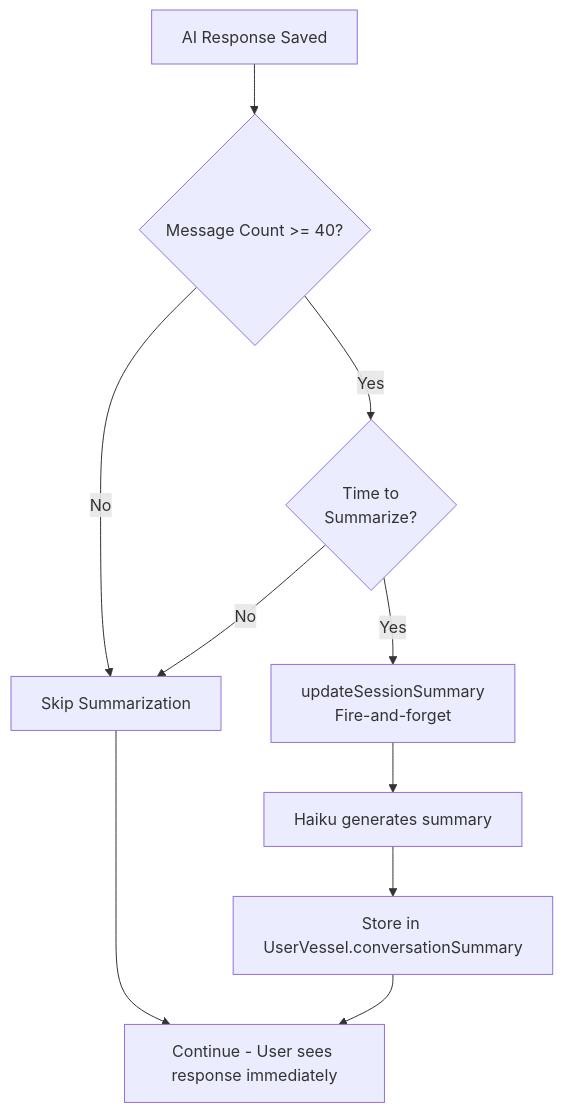
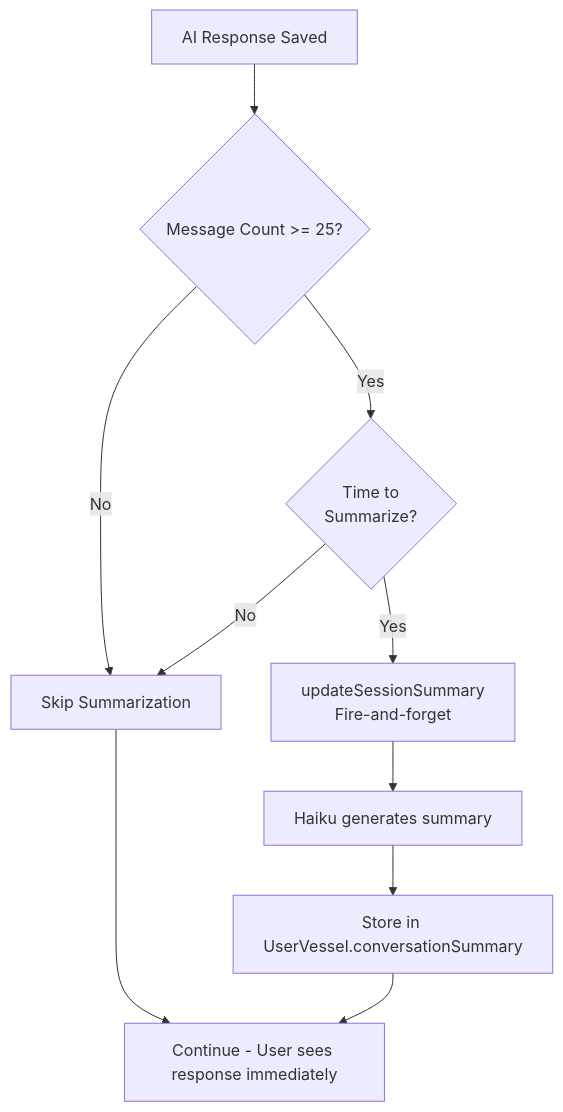
Before and after one commit to shantamg/meet-without-fear: diagram 13 of 17 in docs/backend/prompting-architecture.md, drawn with Mermaid. The commit also changed other lines of this file and 12 other files, not shown here.

````diff
--- a/docs/backend/prompting-architecture.md
+++ b/docs/backend/prompting-architecture.md
@@ -635,13 +635,13 @@
 ```mermaid
 graph TD
-    START[AI Response Saved] --> CHECK{Message Count >= 40?}
+    START[AI Response Saved] --> CHECK{Message Count >= 25?}
     CHECK -->|No| SKIP[Skip Summarization]
     CHECK -->|Yes| CHECK_INTERVAL{Time to<br/>Summarize?}
     CHECK_INTERVAL -->|No| SKIP
     CHECK_INTERVAL -->|Yes| SUMMARIZE[updateSessionSummary<br/>Fire-and-forget]
 
     SUMMARIZE --> HAIKU[Haiku generates summary]
     HAIKU --> STORE[Store in UserVessel.conversationSummary]
     SKIP --> CONTINUE[Continue - User sees response immediately]
     STORE --> CONTINUE
 ```
````
